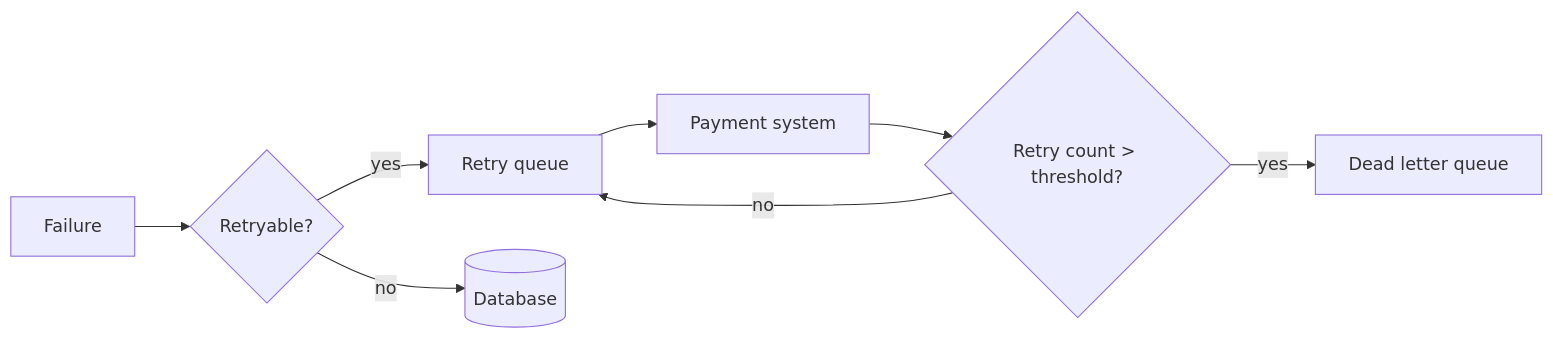
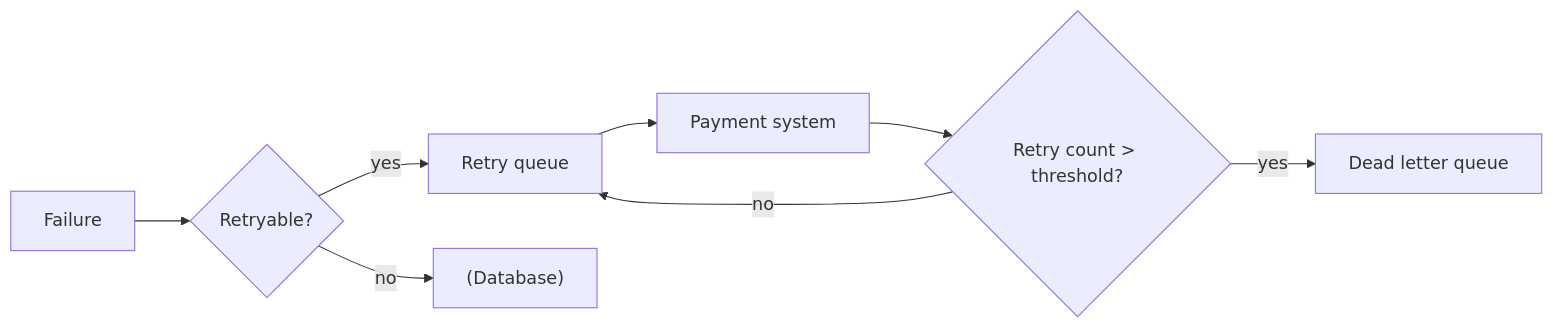
The third of 3 diagrams in files/Book-System-Design-Vol-2/11-payment-system.md (pankajThakur1874/studysheet), drawn with Mermaid before and after one commit. The commit also changed other lines of this file and 102 other files, not shown here.

Commit message:
Auto-fix Mermaid diagram syntax across all study guides to prevent Syntax Error in Mermaid v10

````diff
--- a/files/Book-System-Design-Vol-2/11-payment-system.md
+++ b/files/Book-System-Design-Vol-2/11-payment-system.md
@@ -141,9 +141,9 @@
 ```mermaid
 flowchart LR
     F[Failure] --> R{Retryable?}
     R -->|yes| RQ[Retry queue] --> PSys[Payment system]
-    R -->|no| DB[(Database)]
-    PSys --> R2{Retry count > threshold?}
+    R -->|no| DB["(Database)"]
+    PSys --> R2{"Retry count > threshold?"}
     R2 -->|no| RQ
     R2 -->|yes| DLQ[Dead letter queue]
 ```
````
